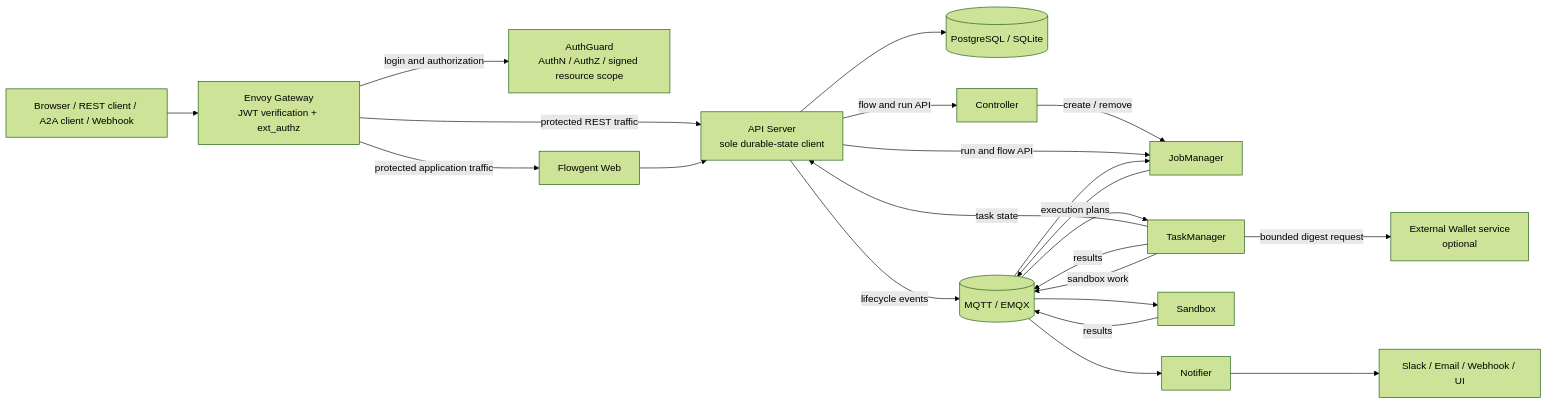
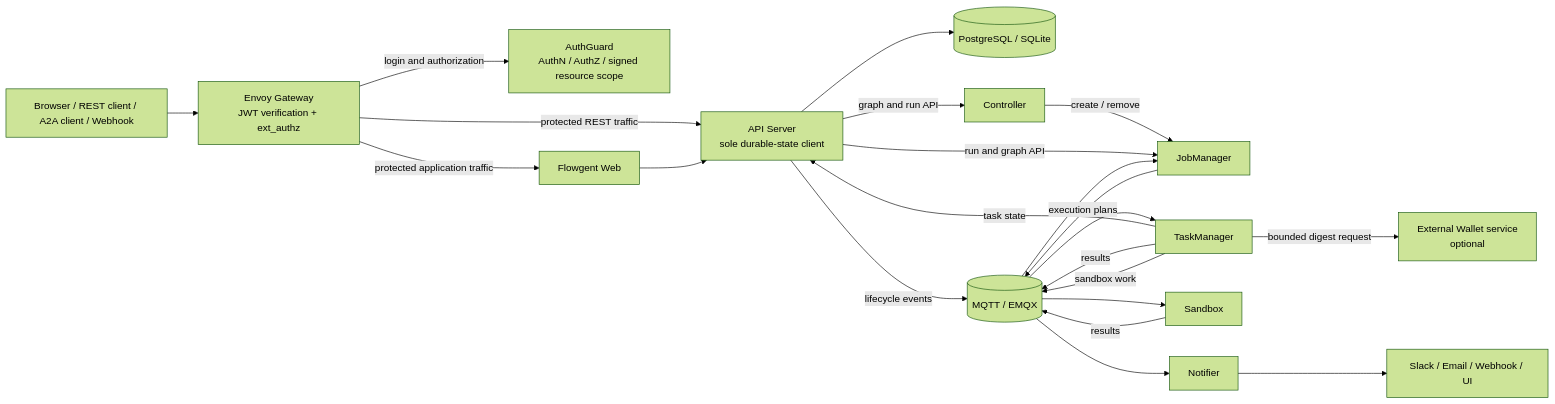
The diagram in README.md (flowgent-labs/flowgent), drawn with Mermaid (forest theme) before and after one commit. The commit also changed other lines of this file and 396 other files, not shown here.

````diff
--- a/README.md
+++ b/README.md
@@ -53,39 +53,39 @@
 ```mermaid
 flowchart LR
     Client[Browser / REST client / A2A client / Webhook]
     Gateway[Envoy Gateway<br/>JWT verification + ext_authz]
     AuthGuard[AuthGuard<br/>AuthN / AuthZ / signed resource scope]
     Web[Flowgent Web]
     API[API Server<br/>sole durable-state client]
     DB[(PostgreSQL / SQLite)]
     MQ[(MQTT / EMQX)]
     Controller[Controller]
     JM[JobManager]
     TM[TaskManager]
     Sandbox[Sandbox]
     Notifier[Notifier]
     Channels[Slack / Email / Webhook / UI]
     Wallet[External Wallet service<br/>optional]
 
     Client --> Gateway
     Gateway -->|login and authorization| AuthGuard
     Gateway -->|protected application traffic| Web
     Gateway -->|protected REST traffic| API
     Web --> API
     API --> DB
     API -->|lifecycle events| MQ
-    API -->|flow and run API| Controller
+    API -->|graph and run API| Controller
     Controller -->|create / remove| JM
-    API -->|run and flow API| JM
+    API -->|run and graph API| JM
     JM -->|execution plans| MQ
     MQ --> TM
     TM -->|task state| API
     TM -->|results| MQ
     MQ --> JM
     TM -->|sandbox work| MQ
     MQ --> Sandbox
     Sandbox -->|results| MQ
     MQ --> Notifier
     Notifier --> Channels
     TM -->|bounded digest request| Wallet
 ```
````
